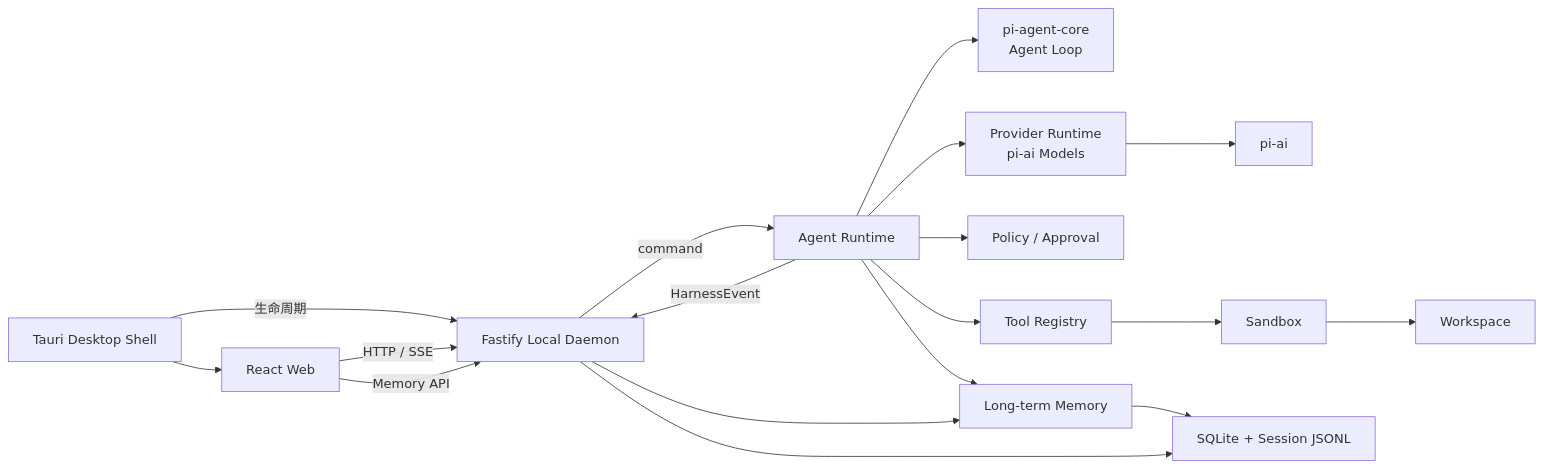
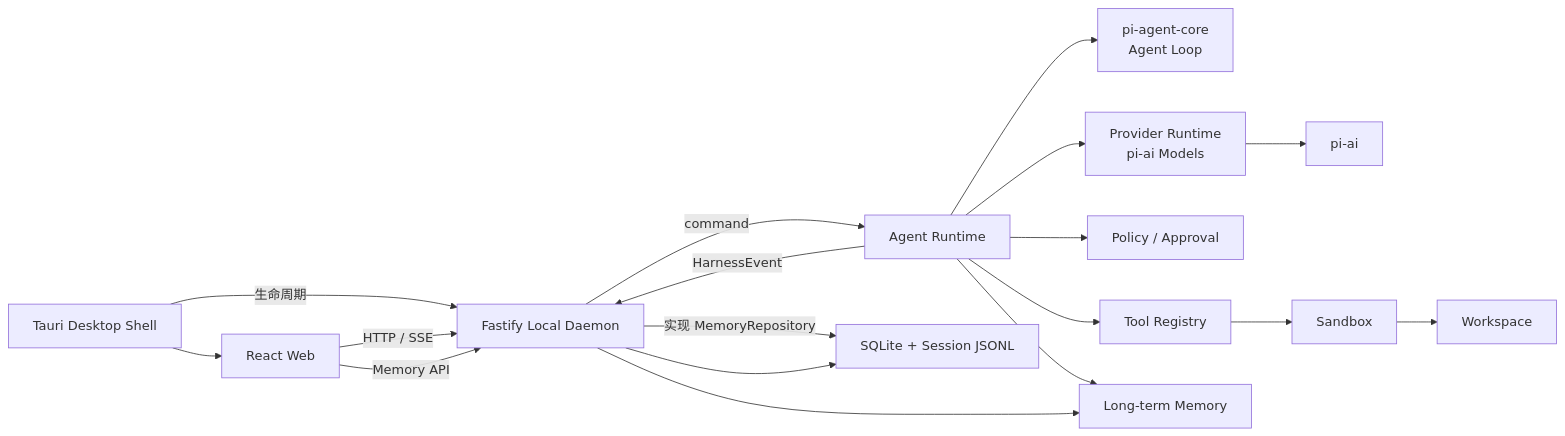
One commit to xiaotianna/pi-harness changed the diagram in docs/架构设计.md. Above: the diagram before and after it, drawn with Mermaid. The commit also changed other lines of this file and 14 other files, not shown here.

````diff
--- a/docs/架构设计.md
+++ b/docs/架构设计.md
@@ -41,34 +46,34 @@
 ```mermaid
 flowchart LR
     Desktop["Tauri Desktop Shell"]
     Web["React Web"]
     Daemon["Fastify Local Daemon"]
     Runtime["Agent Runtime"]
     Core["pi-agent-core<br/>Agent Loop"]
     Providers["Provider Runtime<br/>pi-ai Models"]
     AI["pi-ai"]
     Policy["Policy / Approval"]
     Tools["Tool Registry"]
     Memory["Long-term Memory"]
     Sandbox["Sandbox"]
     Store["SQLite + Session JSONL"]
     Workspace["Workspace"]
 
     Desktop --> Web
     Desktop -->|"生命周期"| Daemon
     Web -->|"HTTP / SSE"| Daemon
     Daemon -->|"command"| Runtime
     Runtime -->|"HarnessEvent"| Daemon
     Runtime --> Core
     Runtime --> Providers
     Providers --> AI
     Runtime --> Policy
     Runtime --> Tools
     Runtime --> Memory
     Daemon --> Memory
     Web -->|"Memory API"| Daemon
-    Memory --> Store
+    Daemon -->|"实现 MemoryRepository"| Store
     Tools --> Sandbox
     Sandbox --> Workspace
     Daemon --> Store
 ```
````
